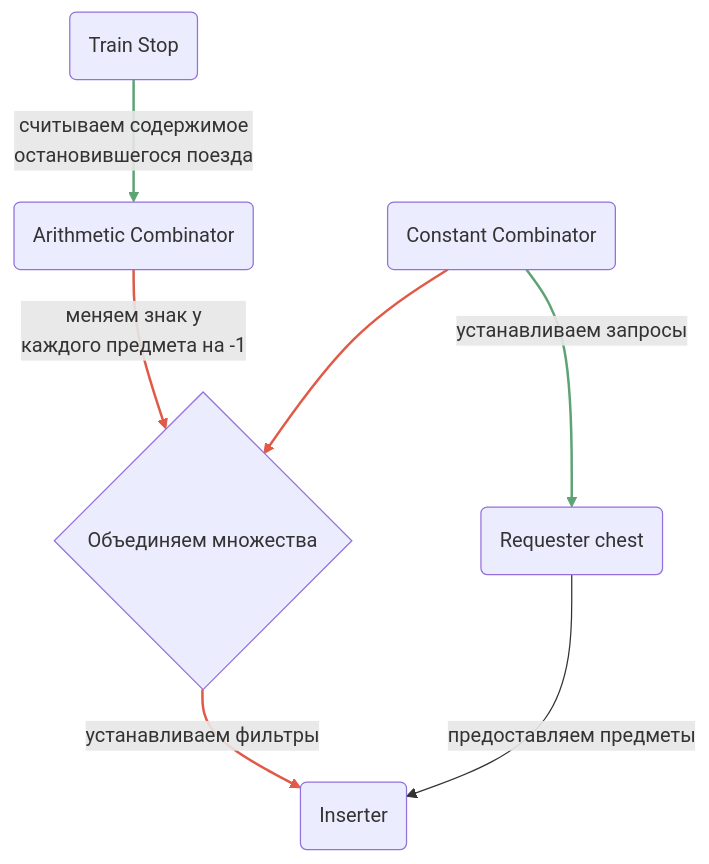
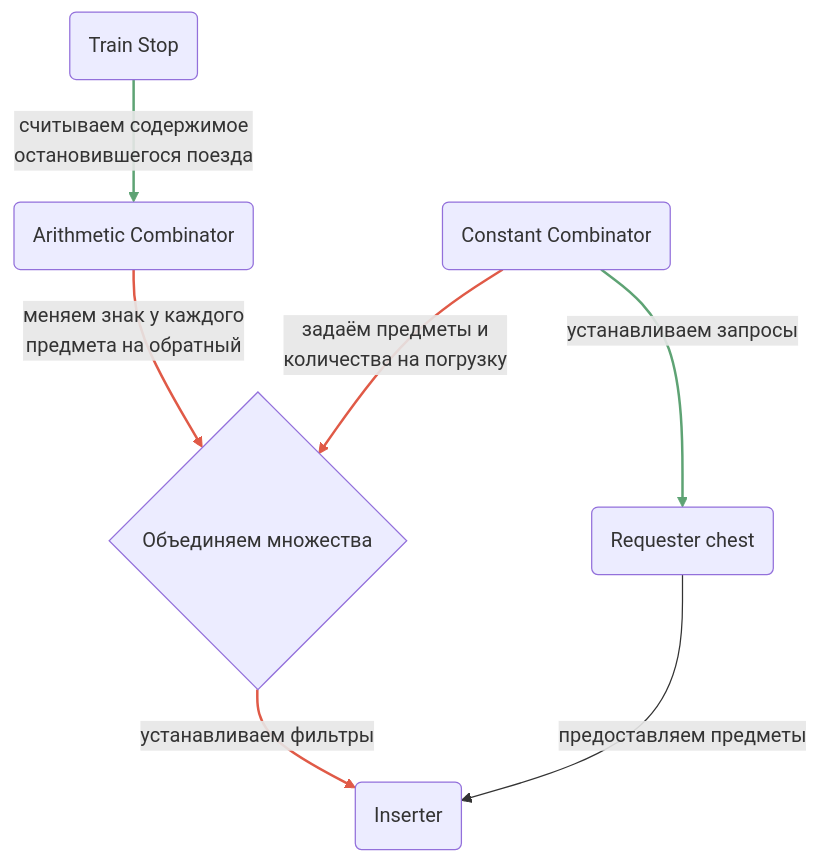
Before and after one commit to CanadianBeaver/AwesomeFactorio: the first of 2 diagrams in docs/LoadingAndUnloadingTrains/Jlovber.md, drawn with Mermaid. The commit also changed other lines of this file and 1 other file, not shown here.

````diff
--- a/docs/LoadingAndUnloadingTrains/Jlovber.md
+++ b/docs/LoadingAndUnloadingTrains/Jlovber.md
@@ -61,22 +67,22 @@
 ```mermaid
 graph TD
     CC(Constant Combinator)
     TS(Train Stop)
     AC(Arithmetic Combinator)
     IN(Inserter)
     RC(Requester chest)
     SUM{Объединяем множества}
 
     TS -->|"считываем содержимое <br/> остановившегося поезда"| AC
-    AC -->|"меняем знак у<br />каждого предмета на -1"| SUM
-    CC --> SUM
+    AC -->|"меняем знак у каждого<br />предмета на обратный"| SUM
+    CC -->|"задаём предметы и<br />количества на погрузку"| SUM
     SUM -->|"устанавливаем фильтры"| IN
     CC -->|"устанавливаем запросы"| RC
     RC -->|"предоставляем предметы"| IN
 
     linkStyle 0 stroke:#5ea374,stroke-width:2px;
     linkStyle 1 stroke:#e05a47,stroke-width:2px,background-color:none;
     linkStyle 2 stroke:#e05a47,stroke-width:2px;
     linkStyle 3 stroke:#e05a47,stroke-width:2px;
     linkStyle 4 stroke:#5ea374,stroke-width:2px;
 ```
````
